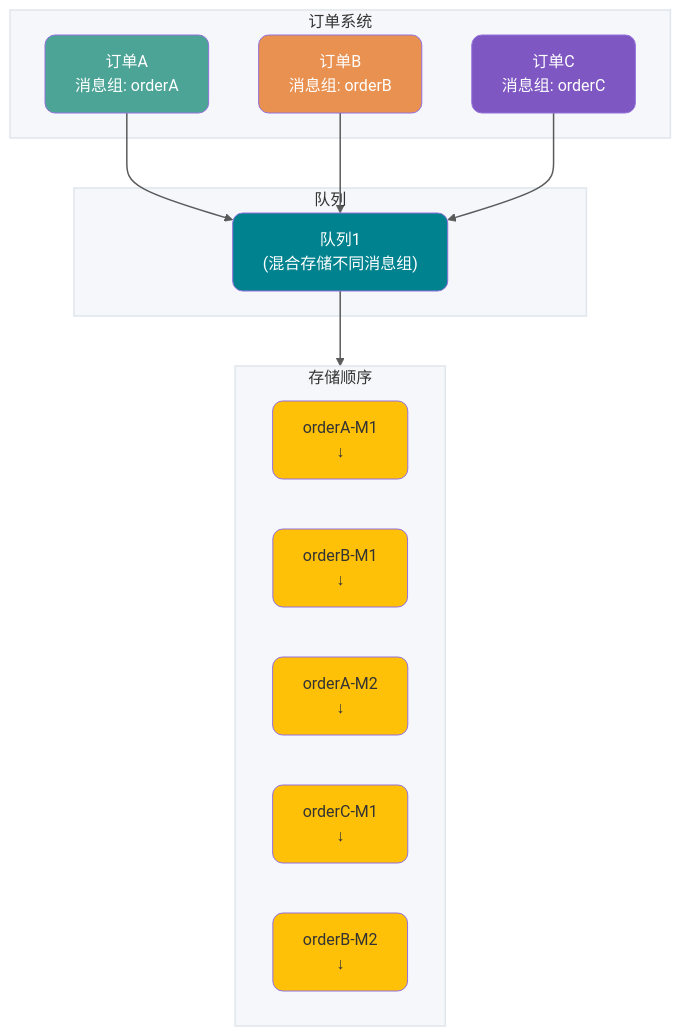
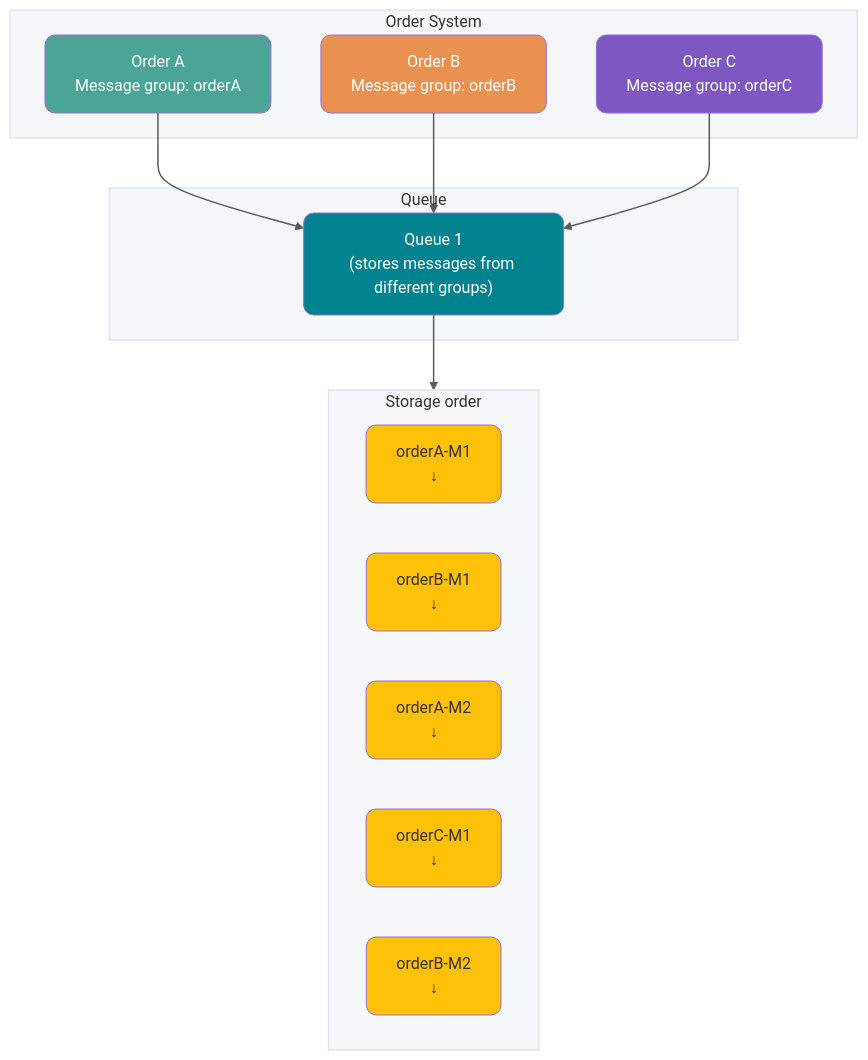
One commit to m3h3d1/JavaGuideEn changed diagram 11 of 13 in docs/high-performance/message-queue/rocketmq-questions.md. Above: the diagram before and after it, drawn with Mermaid. The commit also changed other lines of this file and 128 other files, not shown here.

````diff
--- a/docs/high-performance/message-queue/rocketmq-questions.md
+++ b/docs/high-performance/message-queue/rocketmq-questions.md
@@ -756,43 +756,43 @@
 ```mermaid
 flowchart TB
-    subgraph Order["订单系统"]
+    subgraph Order["Order System"]
         style Order fill:#F5F7FA,stroke:#E0E6ED,stroke-width:1.5px
-        O1["订单A<br/>消息组: orderA"]
-        O2["订单B<br/>消息组: orderB"]
-        O3["订单C<br/>消息组: orderC"]
+        O1["Order A<br/>Message group: orderA"]
+        O2["Order B<br/>Message group: orderB"]
+        O3["Order C<br/>Message group: orderC"]
     end
 
-    subgraph Queue["队列"]
+    subgraph Queue["Queue"]
         style Queue fill:#F5F7FA,stroke:#E0E6ED,stroke-width:1.5px
-        Q["队列1<br/>(混合存储不同消息组)"]
+        Q["Queue 1<br/>(stores messages from different groups)"]
     end
 
-    subgraph Storage["存储顺序"]
+    subgraph Storage["Storage order"]
         style Storage fill:#F5F7FA,stroke:#E0E6ED,stroke-width:1.5px
         direction LR
         S1["orderA-M1<br/>↓"]
         S2["orderB-M1<br/>↓"]
         S3["orderA-M2<br/>↓"]
         S4["orderC-M1<br/>↓"]
         S5["orderB-M2<br/>↓"]
     end
 
     O1 --> Q
     O2 --> Q
     O3 --> Q
     Q --> Storage
 
     classDef orderA fill:#4CA497,color:#fff,rx:10,ry:10
     classDef orderB fill:#E99151,color:#fff,rx:10,ry:10
     classDef orderC fill:#7E57C2,color:#fff,rx:10,ry:10
     classDef queue fill:#00838F,color:#fff,rx:10,ry:10
     classDef storage fill:#FFC107,color:#333,rx:10,ry:10
 
     class O1 orderA
     class O2 orderB
     class O3 orderC
     class Q queue
     class S1,S2,S3,S4,S5 storage
 
     linkStyle default stroke-width:1.5px,opacity:0.8
 ```
````
